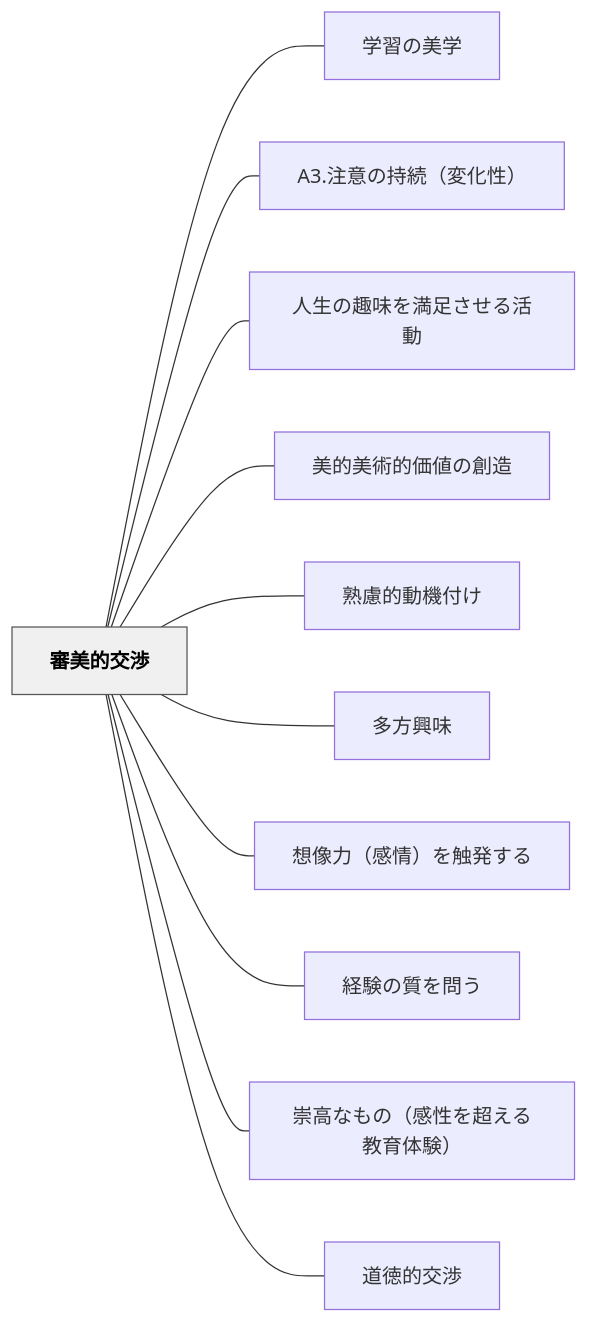
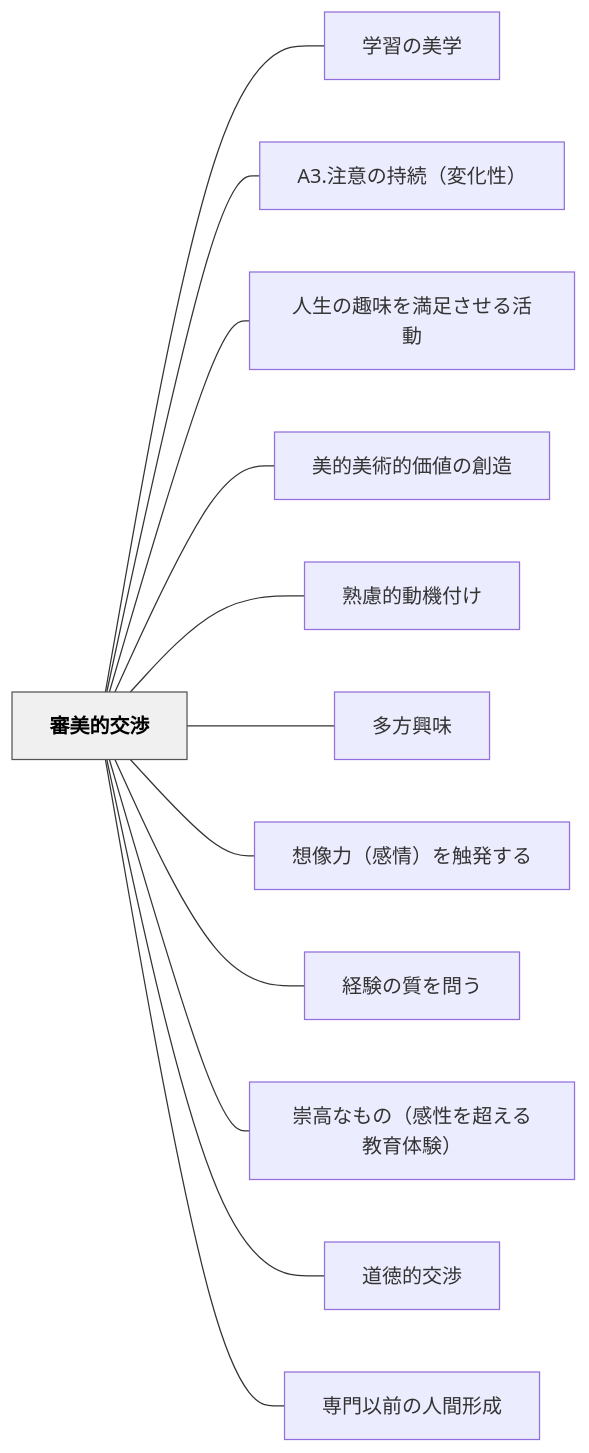
The diagram in content/パタン/審美的交渉.md (unknownthings-ed-patterns/unknownthings-ed-patterns), drawn with Mermaid before and after one commit. The commit also changed other lines of this file and 158 other files, not shown here.

````diff
--- a/content/パタン/審美的交渉.md
+++ b/content/パタン/審美的交渉.md
@@ -51,28 +73,30 @@
 ```mermaid
 flowchart LR
     ne5afa9e7be8ee79a84e4baa4e6b889["審美的交渉"]
     ne5ada6e7bf92e381aee7be8ee5ada6["学習の美学"]
     n41332ee6b3a8e6848fe381aee68c81e7b69aefbc88e5a489e58c96e680a7efbc89["A3.注意の持続（変化性）"]
     ne4babae7949fe381aee8b6a3e591b3e38292e6ba80e8b6b3e38195e3819be3828be6b4bbe58b95["人生の趣味を満足させる活動"]
     ne7be8ee79a84e7be8ee8a193e79a84e4bea1e580a4e381aee589b5e980a0["美的美術的価値の創造"]
     ne7869fe685aee79a84e58b95e6a99fe4bb98e38191["熟慮的動機付け"]
     ne5a49ae696b9e88888e591b3["多方興味"]
     ne683b3e5838fe58a9befbc88e6849fe68385efbc89e38292e8a7a6e799bae38199e3828b["想像力（感情）を触発する"]
     ne7b58ce9a893e381aee8b3aae38292e5958fe38186["経験の質を問う"]
     ne5b487e9ab98e381aae38282e381aeefbc88e6849fe680a7e38292e8b685e38188e3828be69599e882b2e4bd93e9a893efbc89["崇高なもの（感性を超える教育体験）"]
     ne98193e5beb3e79a84e4baa4e6b889["道徳的交渉"]
+    ne5b082e99680e4bba5e5898de381aee4babae99693e5bda2e68890["専門以前の人間形成"]
 
     ne5afa9e7be8ee79a84e4baa4e6b889 --- ne5ada6e7bf92e381aee7be8ee5ada6
     ne5afa9e7be8ee79a84e4baa4e6b889 --- n41332ee6b3a8e6848fe381aee68c81e7b69aefbc88e5a489e58c96e680a7efbc89
     ne5afa9e7be8ee79a84e4baa4e6b889 --- ne4babae7949fe381aee8b6a3e591b3e38292e6ba80e8b6b3e38195e3819be3828be6b4bbe58b95
     ne5afa9e7be8ee79a84e4baa4e6b889 --- ne7be8ee79a84e7be8ee8a193e79a84e4bea1e580a4e381aee589b5e980a0
     ne5afa9e7be8ee79a84e4baa4e6b889 --- ne7869fe685aee79a84e58b95e6a99fe4bb98e38191
     ne5afa9e7be8ee79a84e4baa4e6b889 --- ne5a49ae696b9e88888e591b3
     ne5afa9e7be8ee79a84e4baa4e6b889 --- ne683b3e5838fe58a9befbc88e6849fe68385efbc89e38292e8a7a6e799bae38199e3828b
     ne5afa9e7be8ee79a84e4baa4e6b889 --- ne7b58ce9a893e381aee8b3aae38292e5958fe38186
     ne5afa9e7be8ee79a84e4baa4e6b889 --- ne5b487e9ab98e381aae38282e381aeefbc88e6849fe680a7e38292e8b685e38188e3828be69599e882b2e4bd93e9a893efbc89
     ne5afa9e7be8ee79a84e4baa4e6b889 --- ne98193e5beb3e79a84e4baa4e6b889
+    ne5afa9e7be8ee79a84e4baa4e6b889 --- ne5b082e99680e4bba5e5898de381aee4babae99693e5bda2e68890
 
     classDef hub fill:#f0f0f0,stroke:#555,color:#000,font-weight:bold
     class ne5afa9e7be8ee79a84e4baa4e6b889 hub
 ```
````
